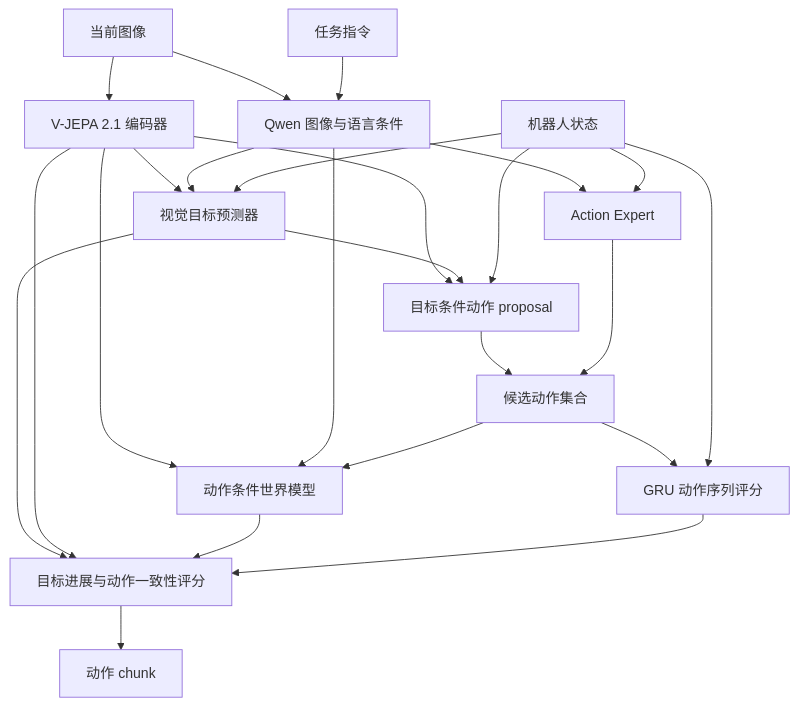
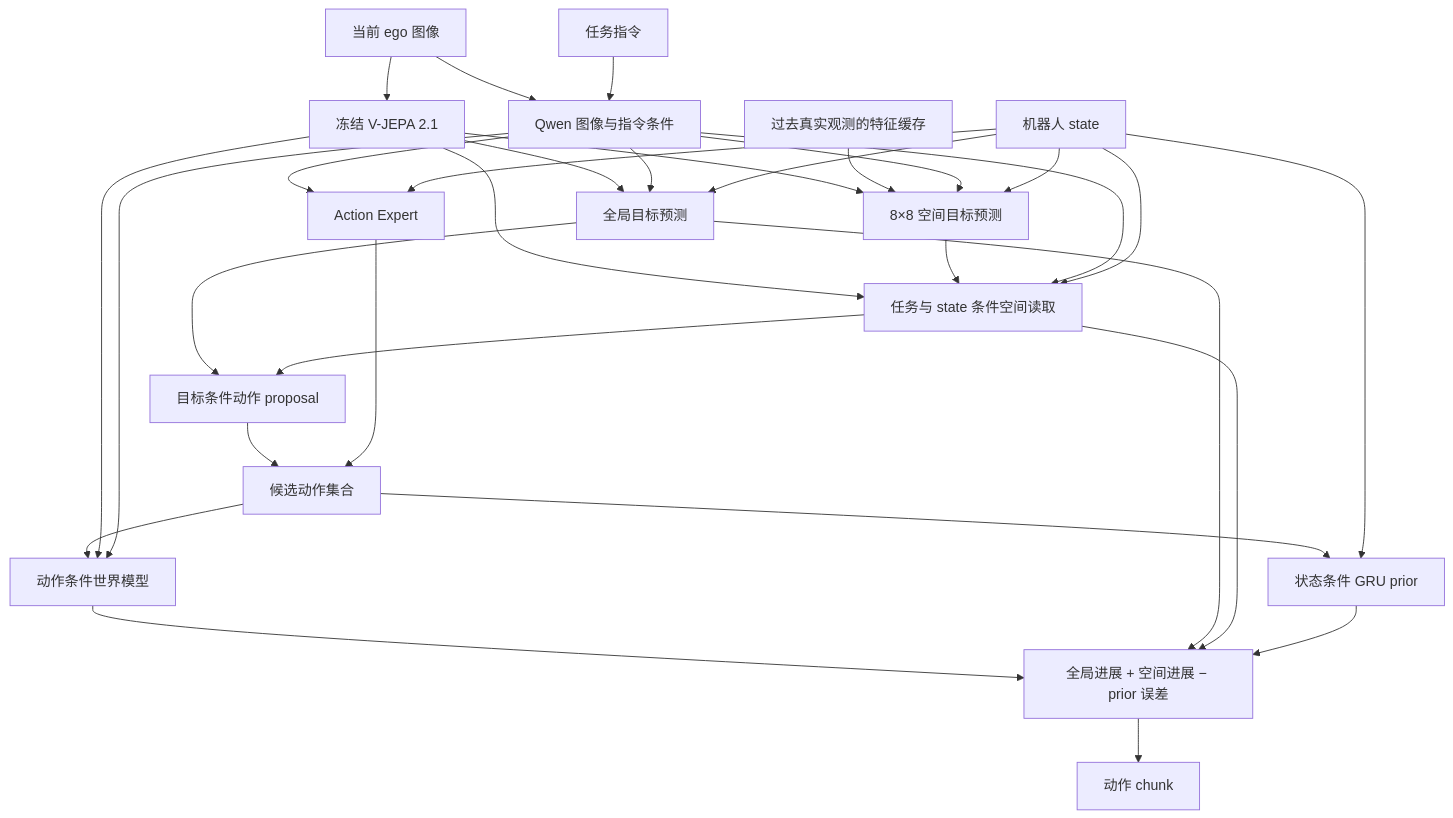
Before and after one commit to Ju6276/VLA-JEPA-DEV: the diagram in README.md, drawn with Mermaid. The commit also changed other lines of this file and 22 other files, not shown here.

````diff
--- a/README.md
+++ b/README.md
@@ -7,26 +7,33 @@
 ```mermaid
 flowchart TD
-    I[当前图像] --> E[V-JEPA 2.1 编码器]
-    I --> Q[Qwen 图像与语言条件]
+    I[当前 ego 图像] --> E[冻结 V-JEPA 2.1]
+    I --> Q[Qwen 图像与指令条件]
     L[任务指令] --> Q
-    E --> G[视觉目标预测器]
+    E --> G[全局目标预测]
+    E --> S[8×8 空间目标预测]
+    H[过去真实观测的特征缓存] --> S
     Q --> G
-    S[机器人状态] --> G
-    E --> P[目标条件动作 proposal]
-    G --> P
-    S --> P
-    Q --> A[Action Expert]
+    Q --> S
+    R[机器人 state] --> G
+    R --> S
+    E --> A[任务与 state 条件空间读取]
     S --> A
+    Q --> A
+    R --> A
+    G --> P[目标条件动作 proposal]
+    A --> P
+    Q --> X[Action Expert]
+    R --> X
     P --> C[候选动作集合]
-    A --> C
-    E --> W[动作条件世界模型]
+    X --> C
+    C --> W[动作条件世界模型]
+    E --> W
     Q --> W
-    C --> W
-    C --> R[GRU 动作序列评分]
-    S --> R
-    G --> V[目标进展与动作一致性评分]
-    E --> V
-    W --> V
-    R --> V
+    C --> D[状态条件 GRU prior]
+    R --> D
+    W --> V[全局进展 + 空间进展 − prior 误差]
+    G --> V
+    A --> V
+    D --> V
     V --> O[动作 chunk]
 ```
````
